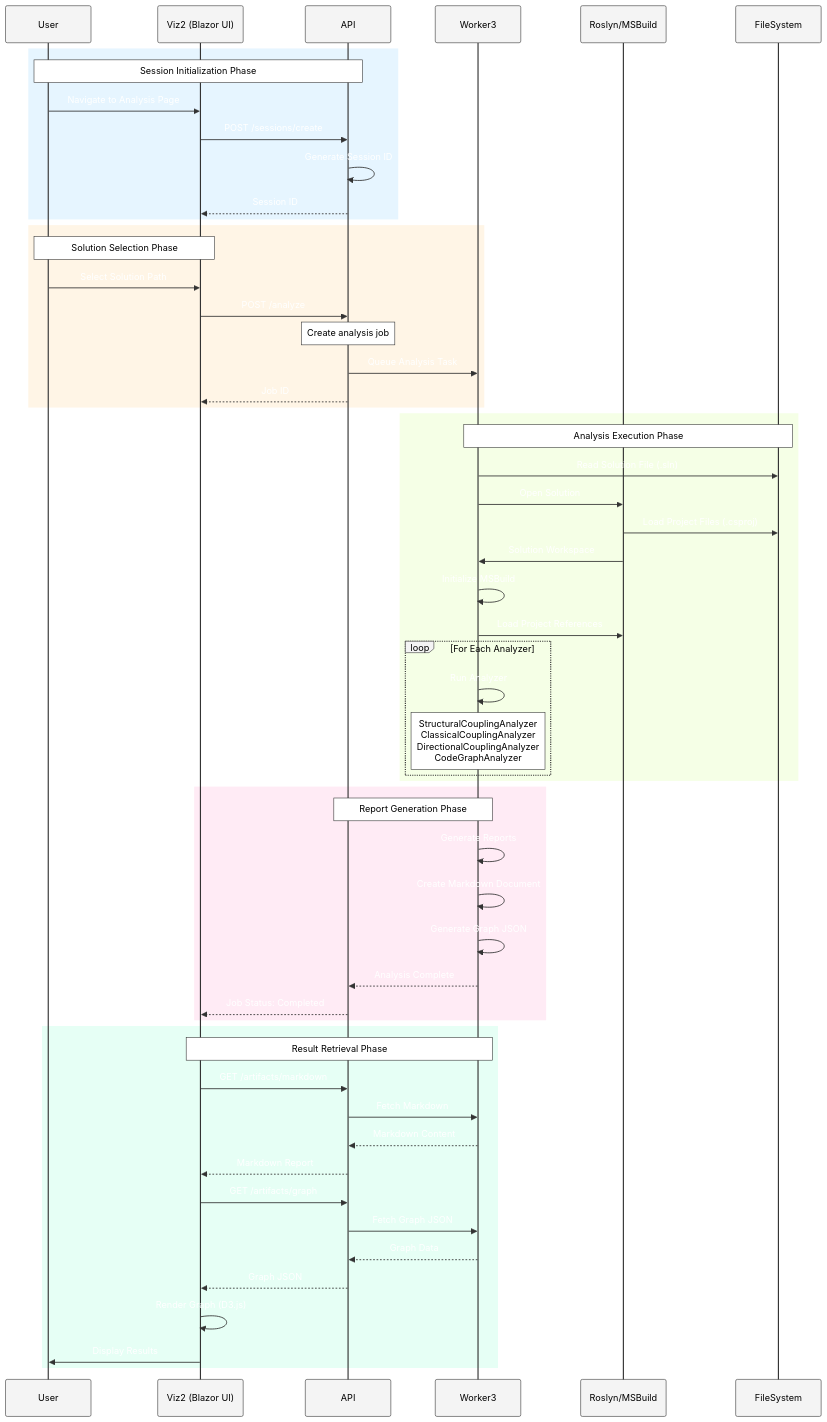
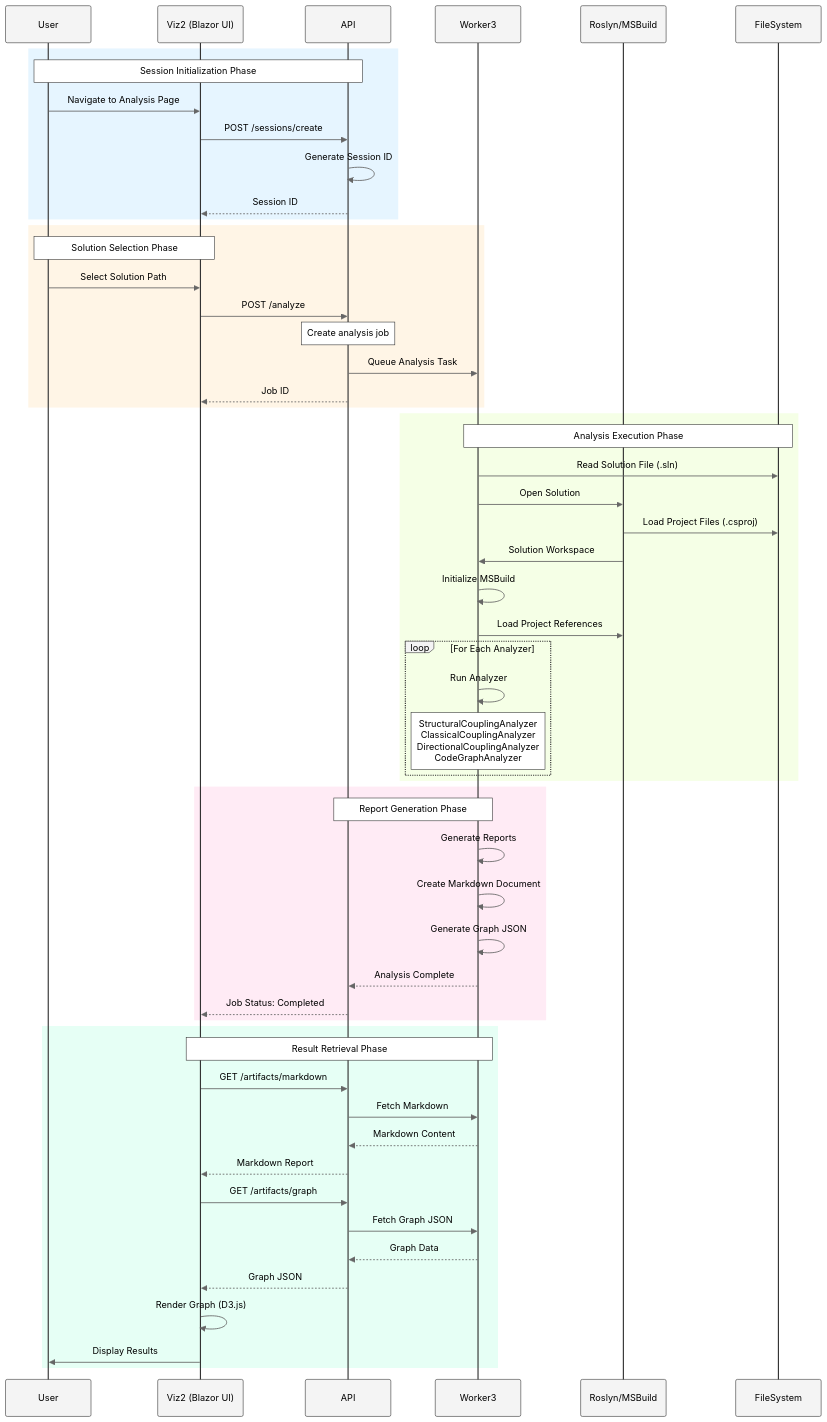
The second of 4 diagrams in CSharp.ProjectDependency5/doc/ARCHITECTURE.md (FrenchExDev/FrenchExDev.Net), drawn with Mermaid before and after one commit. The commit also changed other lines of this file and 1 other file, not shown here.

````diff
--- a/CSharp.ProjectDependency5/doc/ARCHITECTURE.md
+++ b/CSharp.ProjectDependency5/doc/ARCHITECTURE.md
@@ -105,69 +106,69 @@
 ```mermaid
-%%{init: {'theme':'base', 'themeVariables': { 'fontFamily':'arial','fontSize':'14px','primaryColor':'#fff','primaryTextColor':'#000','primaryBorderColor':'#333','lineColor':'#333','secondaryColor':'#fff','tertiaryColor':'#fff','noteTextColor':'#000','noteBkgColor':'#fff','noteBorderColor':'#333','actorBkg':'#f4f4f4','actorBorder':'#333','actorTextColor':'#000','actorLineColor':'#333','signalColor':'#333','signalTextColor':'#fff','labelBoxBkgColor':'#f4f4f4','labelBoxBorderColor':'#333','labelTextColor':'#000','loopTextColor':'#000','activationBorderColor':'#333','activationBkgColor':'#e8e8e8','sequenceNumberColor':'#fff','altLabelBkgColor':'#f4f4f4','altLabelBorderColor':'#333'}}}%%
+%%{init: {'theme':'base', 'themeVariables': { 'fontFamily':'arial','fontSize':'14px','primaryColor':'#fff','primaryTextColor':'#000','primaryBorderColor':'#333','lineColor':'#666','secondaryColor':'#fff','tertiaryColor':'#fff','noteTextColor':'#000','noteBkgColor':'#fff','noteBorderColor':'#333','actorBkg':'#f4f4f4','actorBorder':'#333','actorTextColor':'#000','actorLineColor':'#333','signalColor':'#666','signalTextColor':'#000','labelBoxBkgColor':'#f4f4f4','labelBoxBorderColor':'#333','labelTextColor':'#000','loopTextColor':'#000','activationBorderColor':'#333','activationBkgColor':'#e8e8e8','sequenceNumberColor':'#000','altLabelBkgColor':'#f4f4f4','altLabelBorderColor':'#333'}}}%%
 sequenceDiagram
     participant User
     participant Viz2 as Viz2 (Blazor UI)
     participant API
     participant Worker3
     participant Roslyn as Roslyn/MSBuild
     participant FileSystem
 
     rect rgb(230, 245, 255)
     Note over User,API: Session Initialization Phase
     User->>Viz2: Navigate to Analysis Page
     Viz2->>API: POST /sessions/create
     API->>API: Generate Session ID
     API-->>Viz2: Session ID
     end
 
     rect rgb(255, 245, 230)
     Note over User,Viz2: Solution Selection Phase
     User->>Viz2: Select Solution Path
     Viz2->>API: POST /analyze
     Note over API: Create analysis job
     API->>Worker3: Queue Analysis Task
     API-->>Viz2: Job ID
     end
 
     rect rgb(245, 255, 230)
     Note over Worker3,FileSystem: Analysis Execution Phase
     Worker3->>FileSystem: Read Solution File (.sln)
     Worker3->>Roslyn: Open Solution
     Roslyn->>FileSystem: Load Project Files (.csproj)
     Roslyn->>Worker3: Solution Workspace
     
     Worker3->>Worker3: Initialize MSBuild
     Worker3->>Roslyn: Load Project References
     
     loop For Each Analyzer
         Worker3->>Worker3: Run Analyzer
         Note over Worker3: StructuralCouplingAnalyzer<br/>ClassicalCouplingAnalyzer<br/>DirectionalCouplingAnalyzer<br/>CodeGraphAnalyzer
     end
     end
     
     rect rgb(255, 235, 245)
     Note over Worker3,API: Report Generation Phase
     Worker3->>Worker3: Generate Reports
     Worker3->>Worker3: Create Markdown Document
     Worker3->>Worker3: Generate Graph JSON
     
     Worker3-->>API: Analysis Complete
     API-->>Viz2: Job Status: Completed
     end
     
     rect rgb(230, 255, 245)
     Note over Viz2,Worker3: Result Retrieval Phase
     Viz2->>API: GET /artifacts/markdown
     API->>Worker3: Fetch Markdown
     Worker3-->>API: Markdown Content
     API-->>Viz2: Markdown Report
     
     Viz2->>API: GET /artifacts/graph
     API->>Worker3: Fetch Graph JSON
     Worker3-->>API: Graph Data
     API-->>Viz2: Graph JSON
     
     Viz2->>Viz2: Render Graph (D3.js)
     Viz2->>User: Display Results
     end
 ```
````
